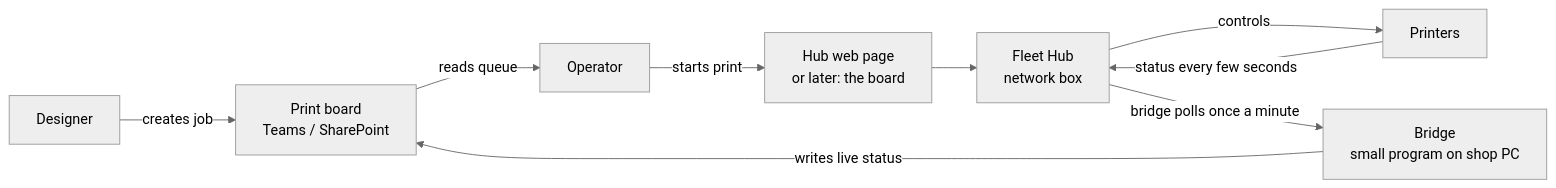
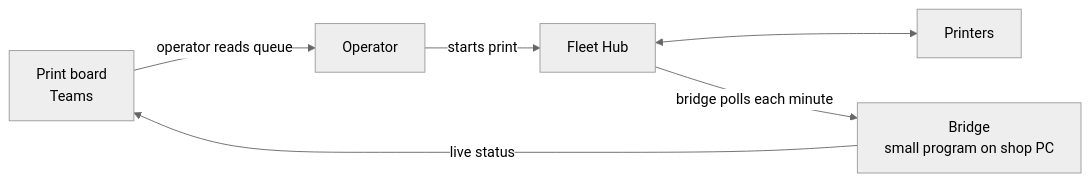
Before and after one commit to 221twoseven/print-farm-scheduler: the diagram in docs/farm-integration-strategy.md, drawn with Mermaid (neutral theme). The commit also changed other lines of this file, not shown here.

````diff
--- a/docs/farm-integration-strategy.md
+++ b/docs/farm-integration-strategy.md
@@ -71,11 +21,8 @@
 ```mermaid
 flowchart LR
-    D[Designer] -->|creates job| B[Print board<br/>Teams / SharePoint]
-    B -->|reads queue| O[Operator]
-    O -->|starts print| UI[Hub web page<br/>or later: the board]
-    UI --> H[Fleet Hub<br/>network box]
-    H -->|controls| P[Printers]
-    P -->|status every few seconds| H
-    H -->|bridge polls once a minute| BR[Bridge<br/>small program on shop PC]
-    BR -->|writes live status| B
+    B[Print board<br/>Teams] -->|operator reads queue| O[Operator]
+    O -->|starts print| H[Fleet Hub]
+    H <--> P[Printers]
+    H -->|bridge polls each minute| BR[Bridge<br/>small program on shop PC]
+    BR -->|live status| B
 ```
````
